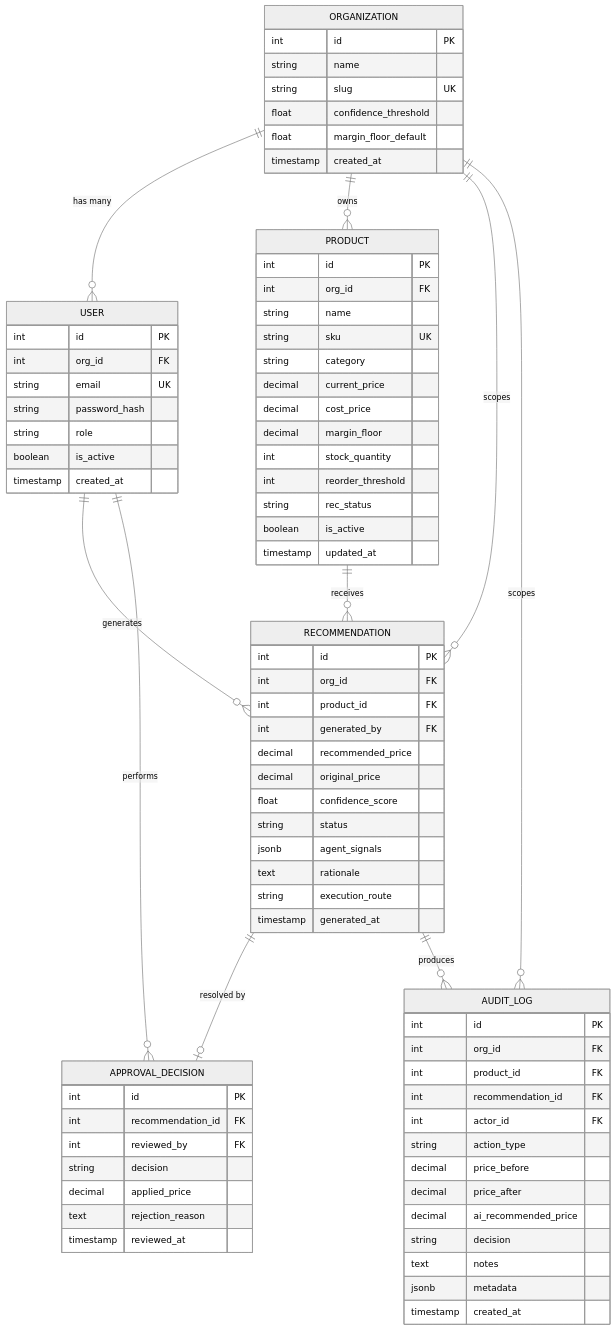
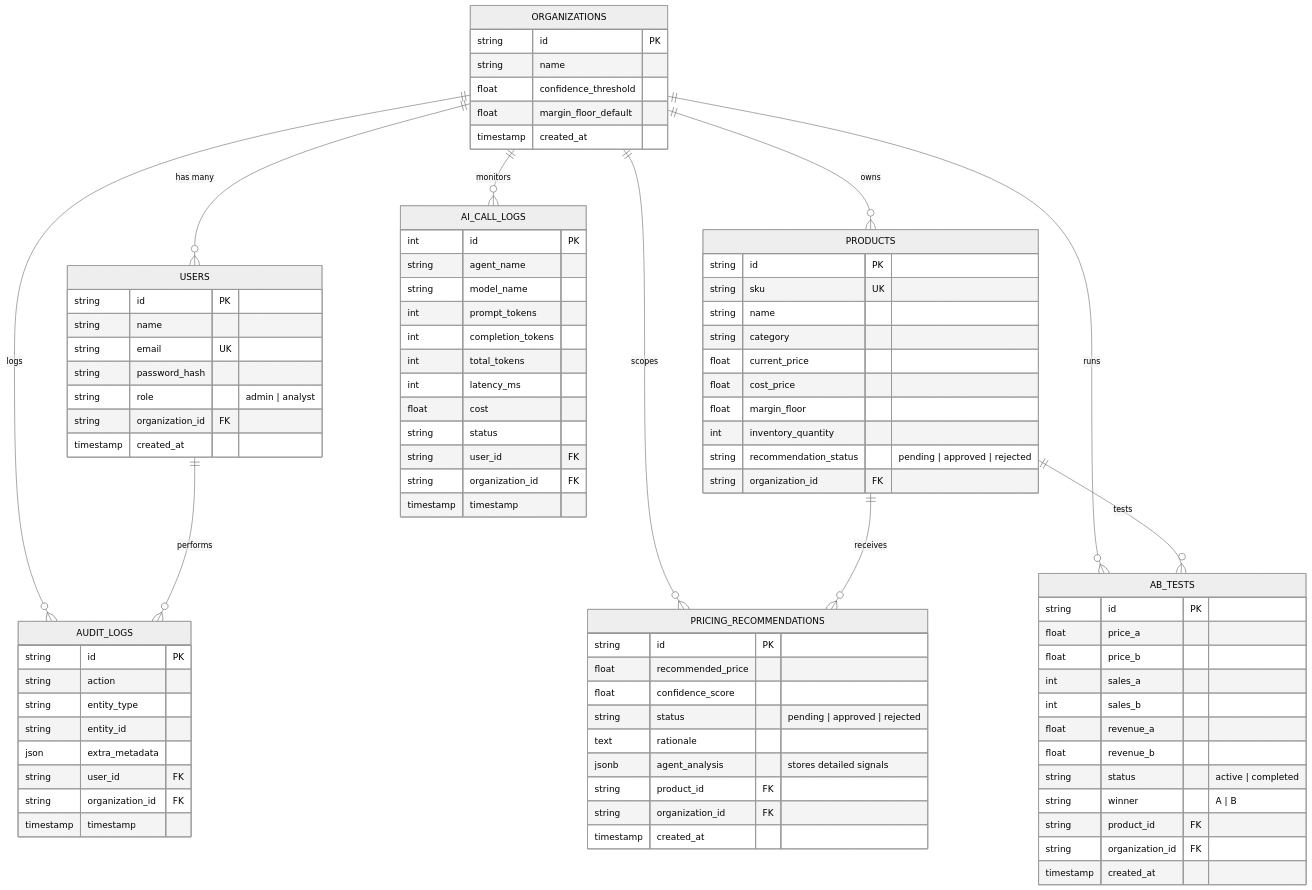
Before and after one commit to parthTyagi-tech/dynamic-pricing-intelligence-platform: the fifth of 5 diagrams in README.md, drawn with Mermaid (neutral theme). The commit also changed other lines of this file, not shown here.

````diff
--- a/README.md
+++ b/README.md
@@ -439,88 +397,97 @@
 ```mermaid
 erDiagram
-    ORGANIZATION {
-        int id PK
+    ORGANIZATIONS {
+        string id PK
         string name
-        string slug UK
         float confidence_threshold
         float margin_floor_default
         timestamp created_at
     }
 
-    USER {
-        int id PK
-        int org_id FK
+    USERS {
+        string id PK
+        string name
         string email UK
         string password_hash
-        string role
-        boolean is_active
+        string role "admin | analyst"
+        string organization_id FK
         timestamp created_at
     }
 
-    PRODUCT {
-        int id PK
-        int org_id FK
+    PRODUCTS {
+        string id PK
+        string sku UK
         string name
-        string sku UK
         string category
-        decimal current_price
-        decimal cost_price
-        decimal margin_floor
-        int stock_quantity
-        int reorder_threshold
-        string rec_status
-        boolean is_active
-        timestamp updated_at
+        float current_price
+        float cost_price
+        float margin_floor
+        int inventory_quantity
+        string recommendation_status "pending | approved | rejected"
+        string organization_id FK
     }
 
-    RECOMMENDATION {
-        int id PK
-        int org_id FK
-        int product_id FK
-        int generated_by FK
-        decimal recommended_price
-        decimal original_price
+    PRICING_RECOMMENDATIONS {
+        string id PK
+        float recommended_price
         float confidence_score
-        string status
-        jsonb agent_signals
+        string status "pending | approved | rejected"
         text rationale
-        string execution_route
-        timestamp generated_at
-    }
-
-    APPROVAL_DECISION {
-        int id PK
-        int recommendation_id FK
-        int reviewed_by FK
-        string decision
-        decimal applied_price
-        text rejection_reason
-        timestamp reviewed_at
-    }
-
-    AUDIT_LOG {
-        int id PK
-        int org_id FK
-        int product_id FK
-        int recommendation_id FK
-        int actor_id FK
-        string action_type
-        decimal price_before
-        decimal price_after
-        decimal ai_recommended_price
-        string decision
-        text notes
-        jsonb metadata
+        jsonb agent_analysis "stores detailed signals"
+        string product_id FK
+        string organization_id FK
         timestamp created_at
     }
 
-    ORGANIZATION ||--o{ USER : "has many"
-    ORGANIZATION ||--o{ PRODUCT : "owns"
-    ORGANIZATION ||--o{ RECOMMENDATION : "scopes"
-    ORGANIZATION ||--o{ AUDIT_LOG : "scopes"
-    USER ||--o{ RECOMMENDATION : "generates"
-    PRODUCT ||--o{ RECOMMENDATION : "receives"
-    RECOMMENDATION ||--o| APPROVAL_DECISION : "resolved by"
-    USER ||--o{ APPROVAL_DECISION : "performs"
-    RECOMMENDATION ||--o{ AUDIT_LOG : "produces"
+    AUDIT_LOGS {
+        string id PK
+        string action
+        string entity_type
+        string entity_id
+        json extra_metadata
+        string user_id FK
+        string organization_id FK
+        timestamp timestamp
+    }
+
+    AB_TESTS {
+        string id PK
+        float price_a
+        float price_b
+        int sales_a
+        int sales_b
+        float revenue_a
+        float revenue_b
+        string status "active | completed"
+        string winner "A | B"
+        string product_id FK
+        string organization_id FK
+        timestamp created_at
+    }
+
+    AI_CALL_LOGS {
+        int id PK
+        string agent_name
+        string model_name
+        int prompt_tokens
+        int completion_tokens
+        int total_tokens
+        int latency_ms
+        float cost
+        string status
+        string user_id FK
+        string organization_id FK
+        timestamp timestamp
+    }
+
+    ORGANIZATIONS ||--o{ USERS : "has many"
+    ORGANIZATIONS ||--o{ PRODUCTS : "owns"
+    ORGANIZATIONS ||--o{ PRICING_RECOMMENDATIONS : "scopes"
+    ORGANIZATIONS ||--o{ AUDIT_LOGS : "logs"
+    ORGANIZATIONS ||--o{ AB_TESTS : "runs"
+    ORGANIZATIONS ||--o{ AI_CALL_LOGS : "monitors"
+    
+    USERS ||--o{ AUDIT_LOGS : "performs"
+    PRODUCTS ||--o{ PRICING_RECOMMENDATIONS : "receives"
+    PRODUCTS ||--o{ AB_TESTS : "tests"
 ```
````
